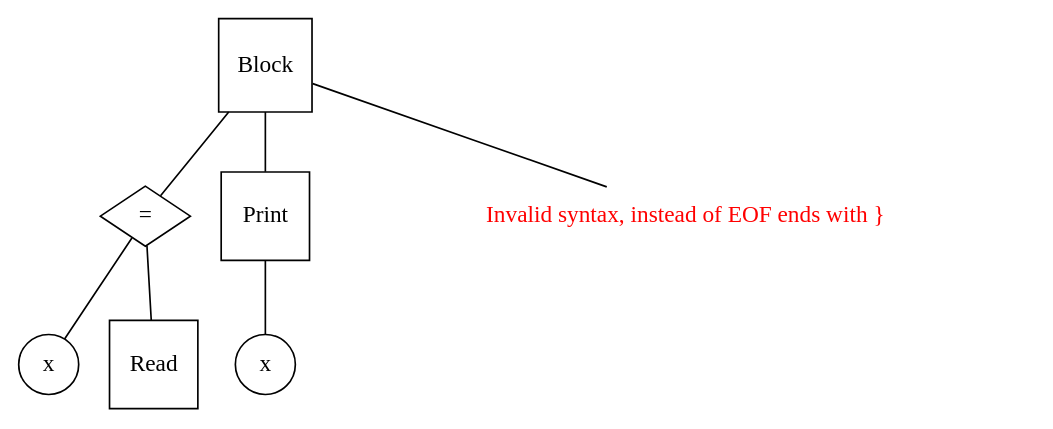
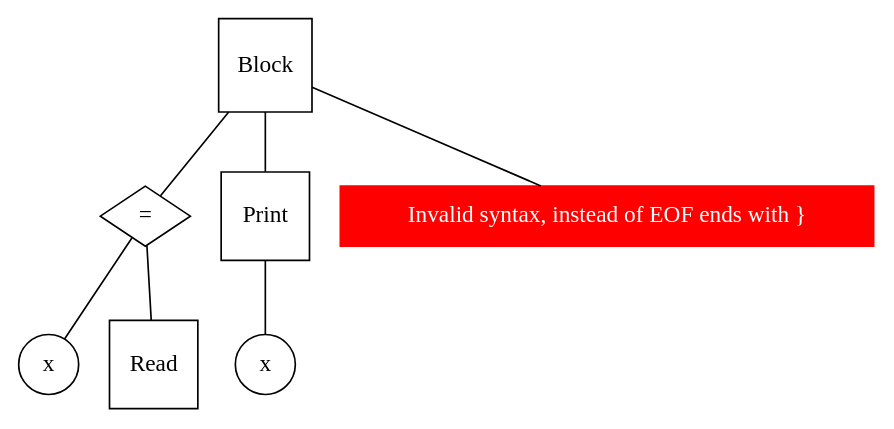
One commit to cemmanuelsr/compiler changed the diagram in graphs/dot/test_26.dot. Above: the diagram before and after it, drawn with Graphviz. The commit also changed 6 other files, not shown here.

```diff
--- a/graphs/dot/test_26.dot
+++ b/graphs/dot/test_26.dot
@@ -1,16 +1,16 @@
 graph g {
 n0 [label = "Block", shape="square"]
 n1 [label = "x", shape="circle"]
 n2 [label = "=", shape="diamond"]
 n3 [label = "Read", shape="square"]
 n4 [label = "Print", shape="square"]
 n5 [label = "x", shape="circle"]
-error [label = "Invalid syntax, instead of EOF ends with }", color="white", style="filled", fontcolor="red"]
+error [label = "Invalid syntax, instead of EOF ends with }", color="red", style="filled", shape="box", fontcolor="white"]
 
 "n2" -- "n1"
 "n2" -- "n3"
 "n0" -- "n2"
 "n4" -- "n5"
 "n0" -- "n4"
 "n0" -- "error"
 }
```
